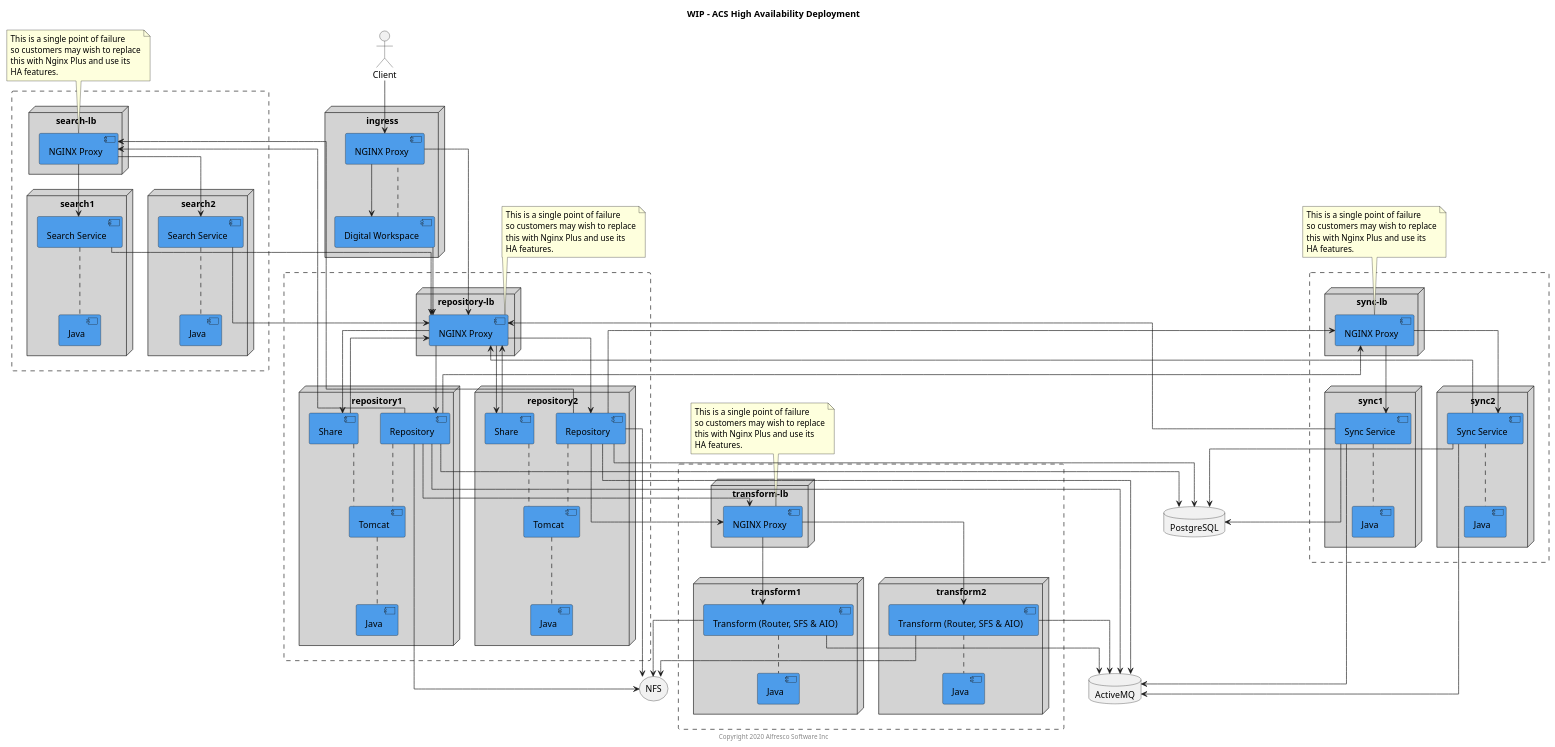
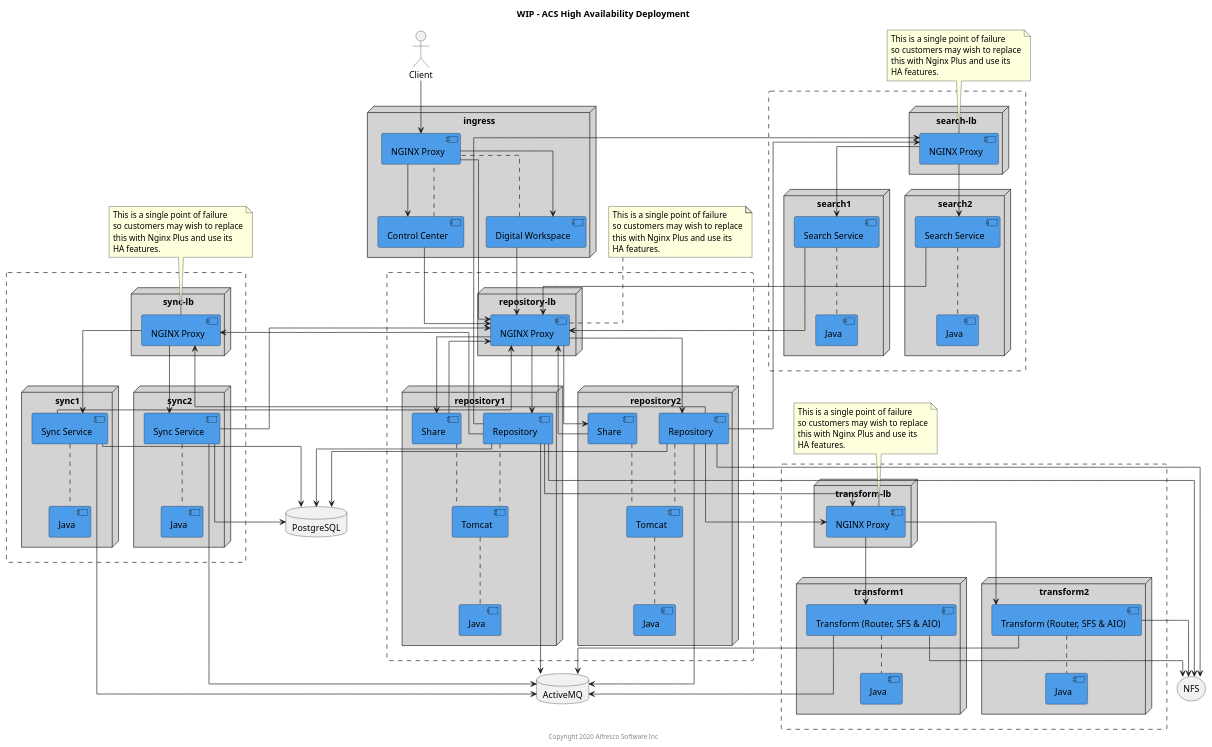
The diagram in docs/resources/acs-ha.puml (Alfresco/alfresco-ansible-deployment), drawn with PlantUML before and after one commit. The commit also changed 3 other files, not shown here.

Commit message:
Add Alfresco Control Center in resources puml

```diff
--- a/docs/resources/acs-ha.puml
+++ b/docs/resources/acs-ha.puml
@@ -1,186 +1,190 @@
 @startuml
 
 Title: WIP - ACS High Availability Deployment
 
 ' NOTE: This is still Work In Progress
 
 skinparam componentStyle uml2
 skinparam linetype ortho
 skinparam rectangle {
     BorderStyle dashed
 }
 
 actor Client
 
 node "ingress" as ingressnode #lightgrey {
     component "NGINX Proxy" as proxy #4d9cea
+    component "Control Center" as acc #4d9cea
     component "Digital Workspace" as adw #4d9cea
 }
 
 rectangle {
     node "repository-lb" as repolbnode #lightgrey {
         component "NGINX Proxy" as repolb #4d9cea
     }
 
     node "repository1" as reponode1 #lightgrey {
         component "Repository" as repo1 #4d9cea
         component "Share" as share1 #4d9cea
         component "Tomcat" as tomcat1  #4d9cea
         component "Java" as repojava1 #4d9cea
     }
 
     node "repository2" as reponode2 #lightgrey {
         component "Repository" as repo2 #4d9cea
         component "Share" as share2 #4d9cea
         component "Tomcat" as tomcat2  #4d9cea
         component "Java" as repojava2 #4d9cea
     }
 }
 
 rectangle {
     node "search-lb" as searchlbnode #lightgrey {
         component "NGINX Proxy" as searchlb #4d9cea
     }
 
     node "search1" as searchnode1 #lightgrey {
         component "Search Service" as search1 #4d9cea
         component "Java" as searchjava1 #4d9cea
     }
 
     node "search2" as searchnode2 #lightgrey {
         component "Search Service" as search2 #4d9cea
         component "Java" as searchjava2 #4d9cea
     }
 }
 
 rectangle {
     node "transform-lb" as transformlbnode #lightgrey {
         component "NGINX Proxy" as transformlb #4d9cea
     }
 
     node "transform1" as transformnode1 #lightgrey {
         component "Transform (Router, SFS & AIO)" as transform1 #4d9cea
         component "Java" as transformjava1 #4d9cea
     }
 
     node "transform2" as transformnode2 #lightgrey {
         component "Transform (Router, SFS & AIO)" as transform2 #4d9cea
         component "Java" as transformjava2 #4d9cea
     }
 }
 
 rectangle {
     node "sync-lb" as synclbnode #lightgrey {
         component "NGINX Proxy" as synclb #4d9cea
     }
 
     node "sync1" as syncnode1 #lightgrey {
         component "Sync Service" as sync1 #4d9cea
         component "Java" as syncjava1 #4d9cea
     }
 
     node "sync2" as syncnode2 #lightgrey {
         component "Sync Service" as sync2 #4d9cea
         component "Java" as syncjava2 #4d9cea
     }
 }
 
 database "ActiveMQ" as amq
 database "PostgreSQL" as psql
 storage "NFS" as nfs
 
 note top of repolb
 This is a single point of failure
 so customers may wish to replace
 this with Nginx Plus and use its
 HA features.
 end note
 
 note top of searchlb
 This is a single point of failure
 so customers may wish to replace
 this with Nginx Plus and use its
 HA features.
 end note
 
 note top of transformlb
 This is a single point of failure
 so customers may wish to replace
 this with Nginx Plus and use its
 HA features.
 end note
 
 note top of synclb
 This is a single point of failure
 so customers may wish to replace
 this with Nginx Plus and use its
 HA features.
 end note
 
+acc .. proxy
 adw .. proxy
 repo1 .. tomcat1
 share1 .. tomcat1
 tomcat1 .. repojava1
 repo2 .. tomcat2
 share2 .. tomcat2
 tomcat2 .. repojava2
 search1 .. searchjava1
 search2 .. searchjava2
 transform1 .. transformjava1
 transform2 .. transformjava2
 sync1 .. syncjava1
 sync2 .. syncjava2
 
 Client --> proxy
 
 proxy --> repolb
+proxy --> acc
 proxy --> adw
 
 repolb -down-> repo1
 repolb -down-> repo2
 repolb -down-> share1
 repolb -down-> share2
 searchlb -down-> search1
 searchlb -down-> search2
 transformlb -down-> transform1
 transformlb -down-> transform2
 synclb -down-> sync1
 synclb -down-> sync2
 
 share1 --> repolb
 share2 --> repolb
+acc --> repolb
 adw --> repolb
 
 repo1 --> psql
 repo2 --> psql
 repo1 --> amq
 repo2 --> amq
 
 repo1 --> transformlb
 repo2 --> transformlb
 
 repo1 --> searchlb
 repo2 --> searchlb
 search1 --> repolb
 search2 --> repolb
 
 repo1 --> synclb
 repo2 --> synclb
 sync1 --> repolb
 sync2 --> repolb
 
 transform1 --> amq
 transform2 --> amq
 
 sync1 --> amq
 sync2 --> amq
 sync1 --> psql
 sync2 --> psql
 repo1 --> nfs
 repo2 --> nfs
 transform1 --> nfs
 transform2 --> nfs
 
 center footer Copyright 2020 Alfresco Software Inc
 
 @enduml
```
